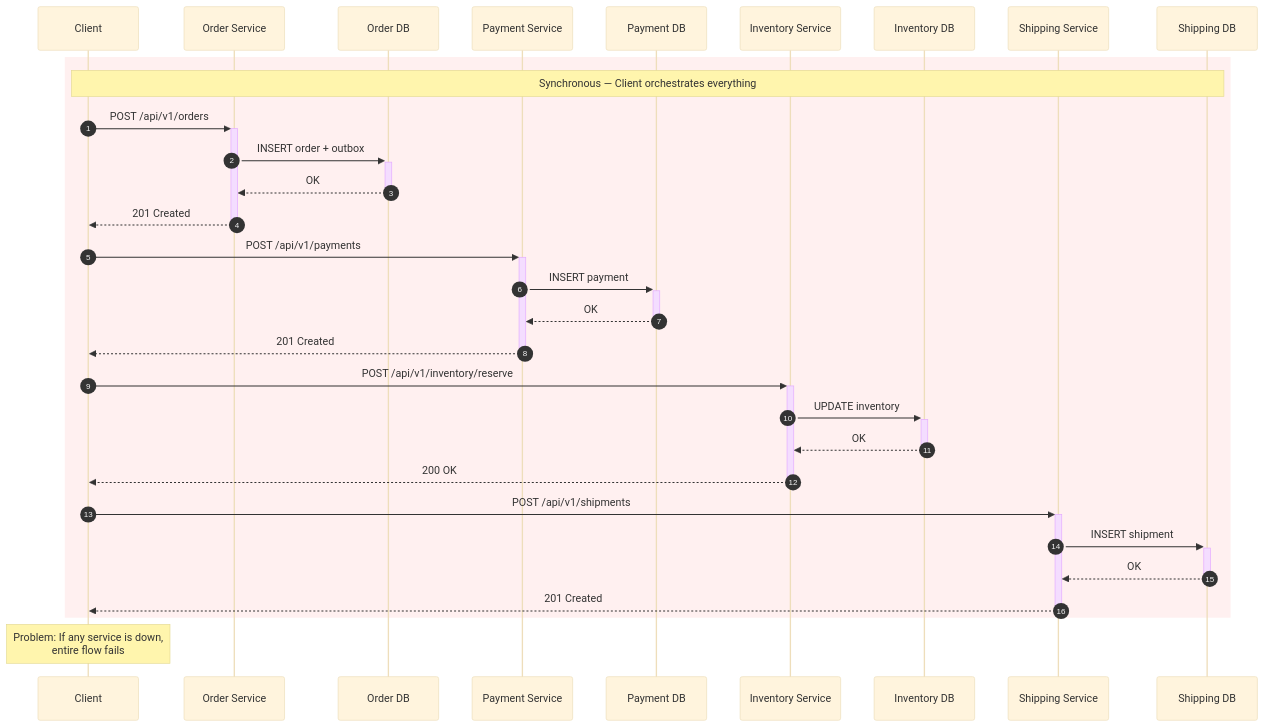
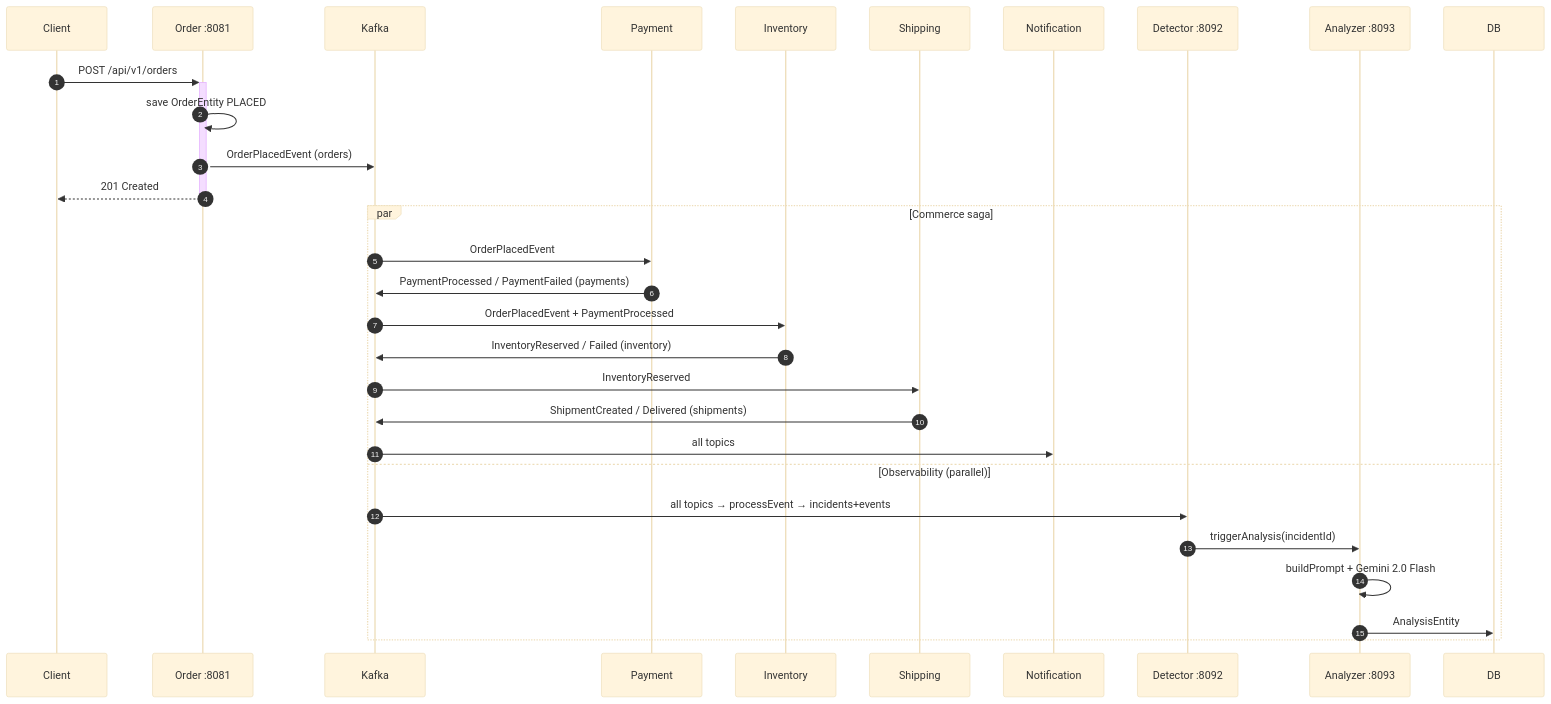
The eighth of 8 diagrams in README.md (Anshuvis777/eventflow-commerce), drawn with Mermaid (base theme) before and after one commit. The commit also changed other lines of this file and 38 other files, not shown here.

````diff
--- a/README.md
+++ b/README.md
@@ -366,38 +539,32 @@
 ```mermaid
 sequenceDiagram
-    autonumber
-    participant Client
-    participant OrderSvc as Order Service
-    participant OrderDB as Order DB
-    participant PaymentSvc as Payment Service
-    participant PaymentDB as Payment DB
-    participant InventorySvc as Inventory Service
-    participant InventoryDB as Inventory DB
-    participant ShippingSvc as Shipping Service
-    participant ShippingDB as Shipping DB
+  autonumber
+  participant C as Client
+  participant O as Order :8081
+  participant K as Kafka
+  participant P as Payment
+  participant I as Inventory
+  participant S as Shipping
+  participant N as Notification
+  participant D as Detector :8092
+  participant A as Analyzer :8093
 
-    rect rgb(255, 240, 240)
-        note over Client, ShippingDB: Synchronous — Client orchestrates everything
-        Client->>+OrderSvc: POST /api/v1/orders
-        OrderSvc->>+OrderDB: INSERT order + outbox
-        OrderDB-->>-OrderSvc: OK
-        OrderSvc-->>-Client: 201 Created
-
-        Client->>+PaymentSvc: POST /api/v1/payments
-        PaymentSvc->>+PaymentDB: INSERT payment
-        PaymentDB-->>-PaymentSvc: OK
-        PaymentSvc-->>-Client: 201 Created
-
-        Client->>+InventorySvc: POST /api/v1/inventory/reserve
-        InventorySvc->>+InventoryDB: UPDATE inventory
-        InventoryDB-->>-InventorySvc: OK
-        InventorySvc-->>-Client: 200 OK
-
-        Client->>+ShippingSvc: POST /api/v1/shipments
-        ShippingSvc->>+ShippingDB: INSERT shipment
-        ShippingDB-->>-ShippingSvc: OK
-        ShippingSvc-->>-Client: 201 Created
-    end
-
-    note over Client: Problem: If any service is down,<br/>entire flow fails
+  C->>+O: POST /api/v1/orders
+  O->>O: save OrderEntity PLACED
+  O->>K: OrderPlacedEvent (orders)
+  O-->>-C: 201 Created
+  par Commerce saga
+    K->>P: OrderPlacedEvent
+    P->>K: PaymentProcessed / PaymentFailed (payments)
+    K->>I: OrderPlacedEvent + PaymentProcessed
+    I->>K: InventoryReserved / Failed (inventory)
+    K->>S: InventoryReserved
+    S->>K: ShipmentCreated / Delivered (shipments)
+    K->>N: all topics
+  and Observability (parallel)
+    K->>D: all topics → processEvent → incidents+events
+    D->>A: triggerAnalysis(incidentId)
+    A->>A: buildPrompt + Gemini 2.0 Flash
+    A->>DB: AnalysisEntity
+  end
 ```
````
